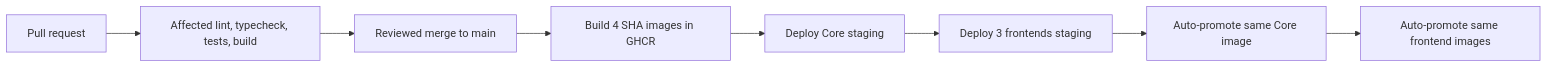
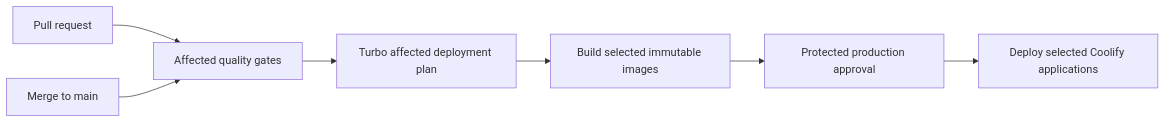
The diagram in docs/infrastructure/ci-cd.md (csi-spu/showcase), drawn with Mermaid before and after one commit. The commit also changed other lines of this file and 21 other files, not shown here.

Commit message:
fix media uploads and deploy affected services

````diff
--- a/docs/infrastructure/ci-cd.md
+++ b/docs/infrastructure/ci-cd.md
@@ -5,10 +5,9 @@
 ```mermaid
 flowchart LR
-  PR[Pull request] --> CI[Affected lint, typecheck, tests, build]
-  CI --> Main[Reviewed merge to main]
-  Main --> Images[Build 4 SHA images in GHCR]
-  Images --> StagingCore[Deploy Core staging]
-  StagingCore --> StagingWeb[Deploy 3 frontends staging]
-  StagingWeb --> ProdCore[Auto-promote same Core image]
-  ProdCore --> ProdWeb[Auto-promote same frontend images]
+  PR[Pull request] --> CI[Affected quality gates]
+  Main[Merge to main] --> CI
+  CI --> Plan[Turbo affected deployment plan]
+  Plan --> Images[Build selected immutable images]
+  Images --> Approval[Protected production approval]
+  Approval --> Deploy[Deploy selected Coolify applications]
 ```
````
